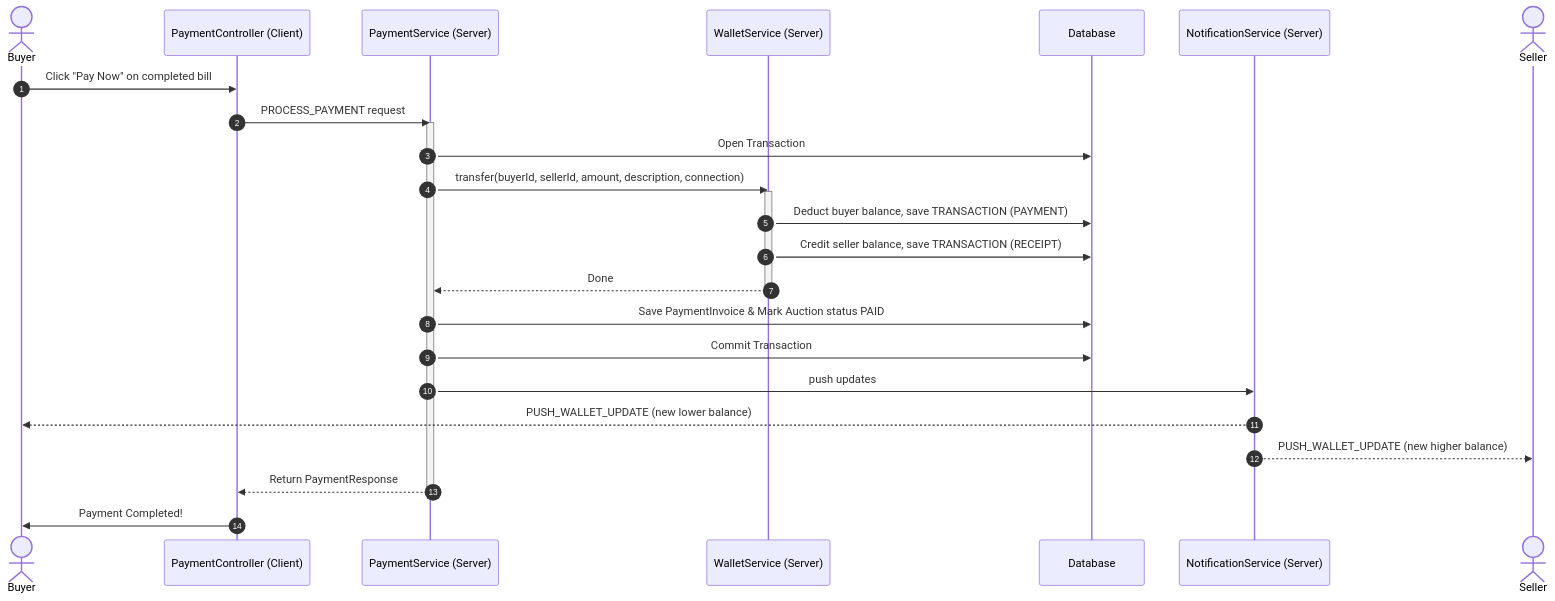
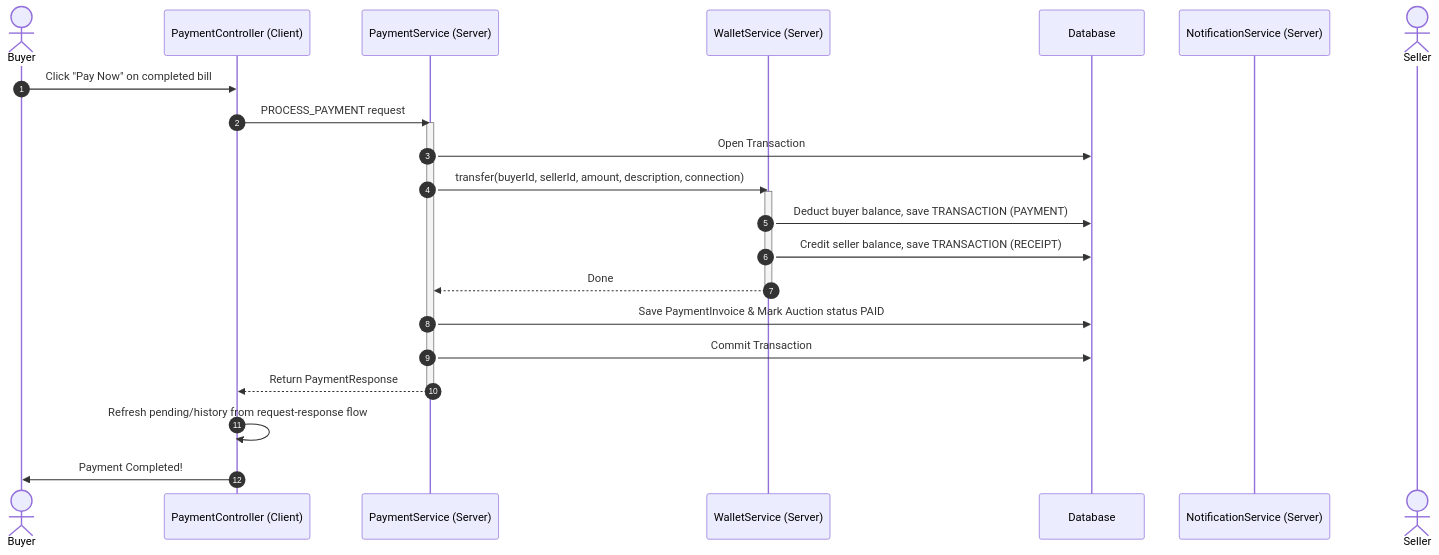
The third of 3 diagrams in docs/sprints/wallet-system-architecture.md (quangtm08/BTL_Nhom1_AuctionSystem), drawn with Mermaid before and after one commit. The commit also changed other lines of this file and 30 other files, not shown here.

Commit message:
refactor(client): standardize service flows

````diff
--- a/docs/sprints/wallet-system-architecture.md
+++ b/docs/sprints/wallet-system-architecture.md
@@ -159,34 +148,31 @@
 ```mermaid
 sequenceDiagram
     autonumber
     actor Buyer
     participant PayView as PaymentController (Client)
     participant PaySvc as PaymentService (Server)
     participant WalletSvc as WalletService (Server)
     participant DB as Database
     participant NotifSvc as NotificationService (Server)
     actor Seller
 
     Buyer->>PayView: Click "Pay Now" on completed bill
     PayView->>PaySvc: PROCESS_PAYMENT request
     activate PaySvc
     PaySvc->>DB: Open Transaction
     
     PaySvc->>WalletSvc: transfer(buyerId, sellerId, amount, description, connection)
     activate WalletSvc
     WalletSvc->>DB: Deduct buyer balance, save TRANSACTION (PAYMENT)
     WalletSvc->>DB: Credit seller balance, save TRANSACTION (RECEIPT)
     WalletSvc-->>PaySvc: Done
     deactivate WalletSvc
     
     PaySvc->>DB: Save PaymentInvoice & Mark Auction status PAID
     PaySvc->>DB: Commit Transaction
     
-    PaySvc->>NotifSvc: push updates
-    NotifSvc-->>Buyer: PUSH_WALLET_UPDATE (new lower balance)
-    NotifSvc-->>Seller: PUSH_WALLET_UPDATE (new higher balance)
-    
     PaySvc-->>PayView: Return PaymentResponse
     deactivate PaySvc
+    PayView->>PayView: Refresh pending/history from request-response flow
     PayView->>Buyer: Payment Completed!
 ```
````
